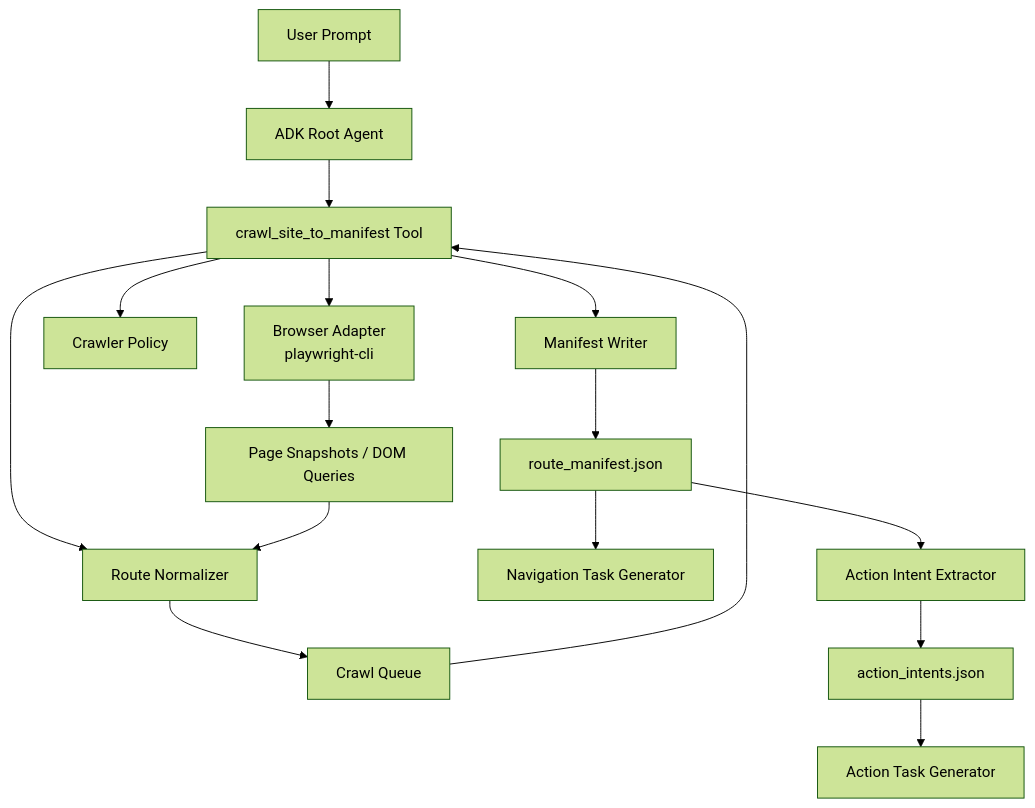
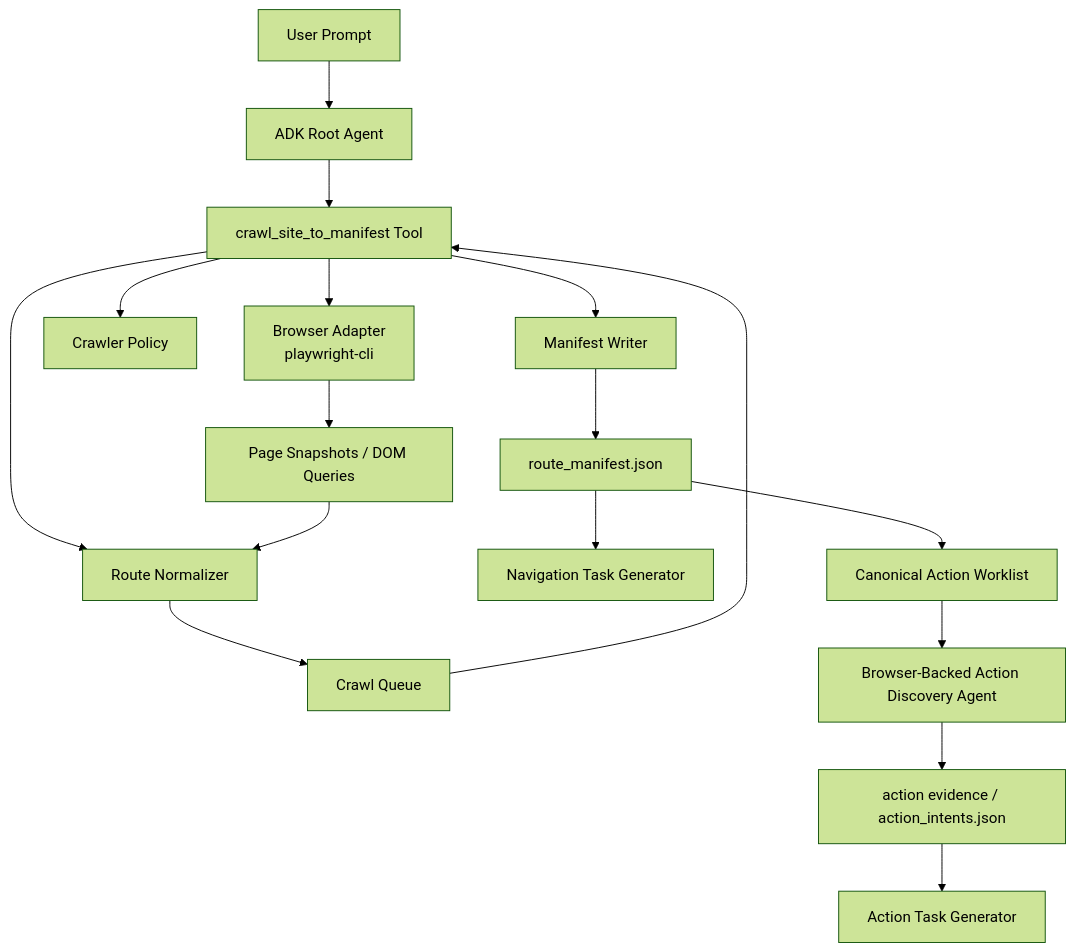
One commit to kerueilin9/WebExplorer changed the diagram in docs/adk-playwright-agent/MULTI_STEP_CRAWLER_PLAN.md. Above: the diagram before and after it, drawn with Mermaid (forest theme). The commit also changed other lines of this file and 7 other files, not shown here.

Commit message:
Refine action discovery design

````diff
--- a/docs/adk-playwright-agent/MULTI_STEP_CRAWLER_PLAN.md
+++ b/docs/adk-playwright-agent/MULTI_STEP_CRAWLER_PLAN.md
@@ -73,18 +73,19 @@
 ```mermaid
 flowchart TD
     U["User Prompt"] --> A["ADK Root Agent"]
     A --> C["crawl_site_to_manifest Tool"]
     C --> B["Browser Adapter<br/>playwright-cli"]
     C --> P["Crawler Policy"]
     C --> N["Route Normalizer"]
     C --> M["Manifest Writer"]
     B --> S["Page Snapshots / DOM Queries"]
     S --> N
     N --> Q["Crawl Queue"]
     Q --> C
   M --> O["route_manifest.json"]
   O --> X["Navigation Task Generator"]
-  O --> I["Action Intent Extractor"]
-  I --> J["action_intents.json"]
+  O --> W["Canonical Action Worklist"]
+  W --> I["Browser-Backed Action Discovery Agent"]
+  I --> J["action evidence / action_intents.json"]
   J --> T["Action Task Generator"]
 ```
````
